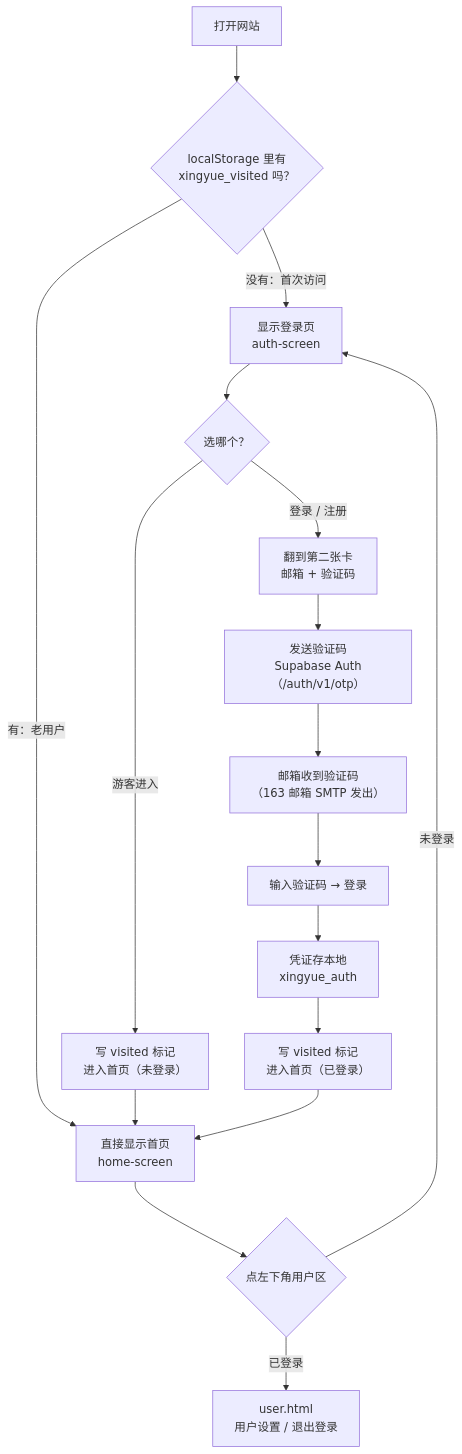
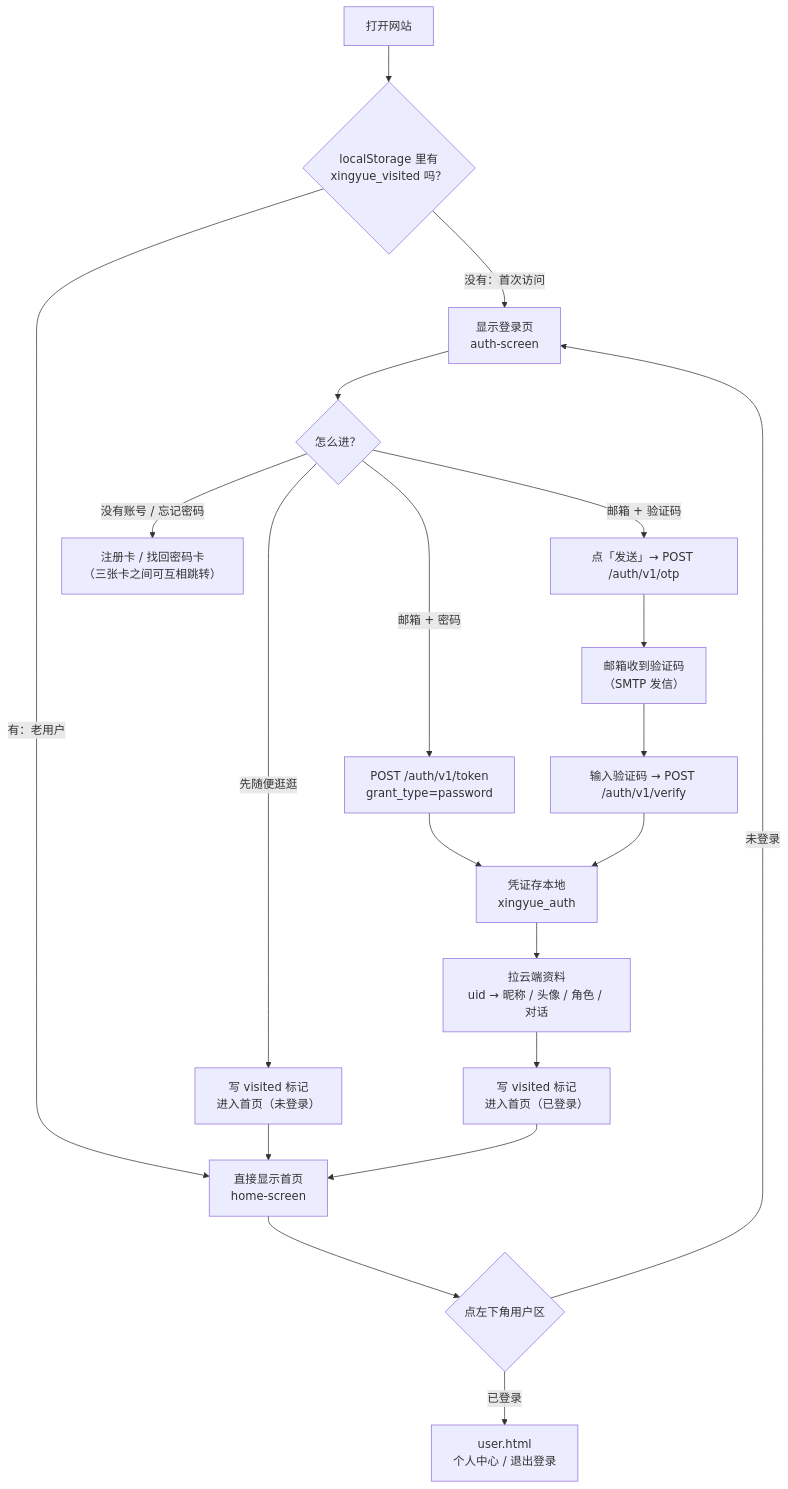
One commit to xiaoxingyuemiao/xingyue changed the second of 9 diagrams in docs/05-网站流程图.md. Above: the diagram before and after it, drawn with Mermaid. The commit also changed other lines of this file and 6 other files, not shown here.

Commit message:
docs: 按代码校准 02/05/06/07 等文档 —— settings.html 已删、uid 1000~3000 顺序分配、秘钥可勾选加密上云、注销已实测正常；docs/08 登记本批已修项

````diff
--- a/docs/05-网站流程图.md
+++ b/docs/05-网站流程图.md
@@ -60,23 +65,26 @@
 ```mermaid
 flowchart TD
     A["打开网站"] --> B{"localStorage 里有<br/>xingyue_visited 吗？"}
     B -->|没有：首次访问| LOGIN["显示登录页<br/>auth-screen"]
     B -->|有：老用户| HOME["直接显示首页<br/>home-screen"]
 
-    LOGIN --> C{"选哪个？"}
-    C -->|登录 / 注册| CARD2["翻到第二张卡<br/>邮箱 + 验证码"]
-    C -->|游客进入| GUEST["写 visited 标记<br/>进入首页（未登录）"]
+    LOGIN --> C{"怎么进？"}
+    C -->|邮箱 + 密码| PW["POST /auth/v1/token<br/>grant_type=password"]
+    C -->|邮箱 + 验证码| OTP["点「发送」→ POST /auth/v1/otp"]
+    C -->|先随便逛逛| GUEST["写 visited 标记<br/>进入首页（未登录）"]
+    C -->|没有账号 / 忘记密码| CARD["注册卡 / 找回密码卡<br/>（三张卡之间可互相跳转）"]
 
-    CARD2 --> OTP["发送验证码<br/>Supabase Auth（/auth/v1/otp）"]
-    OTP --> MAIL["邮箱收到验证码<br/>（163 邮箱 SMTP 发出）"]
-    MAIL --> VERIFY["输入验证码 → 登录"]
+    OTP --> MAIL["邮箱收到验证码<br/>（SMTP 发信）"]
+    MAIL --> VERIFY["输入验证码 → POST /auth/v1/verify"]
+    PW --> SAVE
     VERIFY --> SAVE["凭证存本地<br/>xingyue_auth"]
-    SAVE --> GUEST2["写 visited 标记<br/>进入首页（已登录）"]
+    SAVE --> SYNC["拉云端资料<br/>uid → 昵称 / 头像 / 角色 / 对话"]
+    SYNC --> GUEST2["写 visited 标记<br/>进入首页（已登录）"]
 
     GUEST --> HOME
     GUEST2 --> HOME
 
     HOME --> D{"点左下角用户区"}
     D -->|未登录| LOGIN
-    D -->|已登录| USR["user.html<br/>用户设置 / 退出登录"]
+    D -->|已登录| USR["user.html<br/>个人中心 / 退出登录"]
 ```
````
